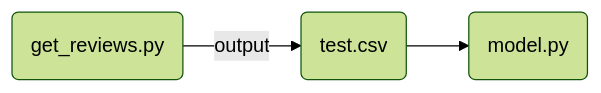
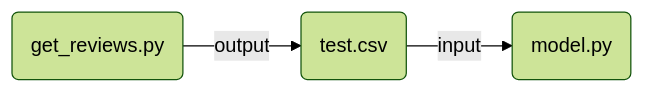
One commit to alivabernali/MovieRekomendr changed the diagram in README.md. Above: the diagram before and after it, drawn with Mermaid (forest theme).

````diff
--- a/README.md
+++ b/README.md
@@ -13,4 +13,4 @@
 ```mermaid
 graph LR
-A(get_reviews.py)-->|output| B(test.csv)-->C(model.py)
+A(get_reviews.py)-->|output| B(test.csv)-->|input| C(model.py)
 ```
````
